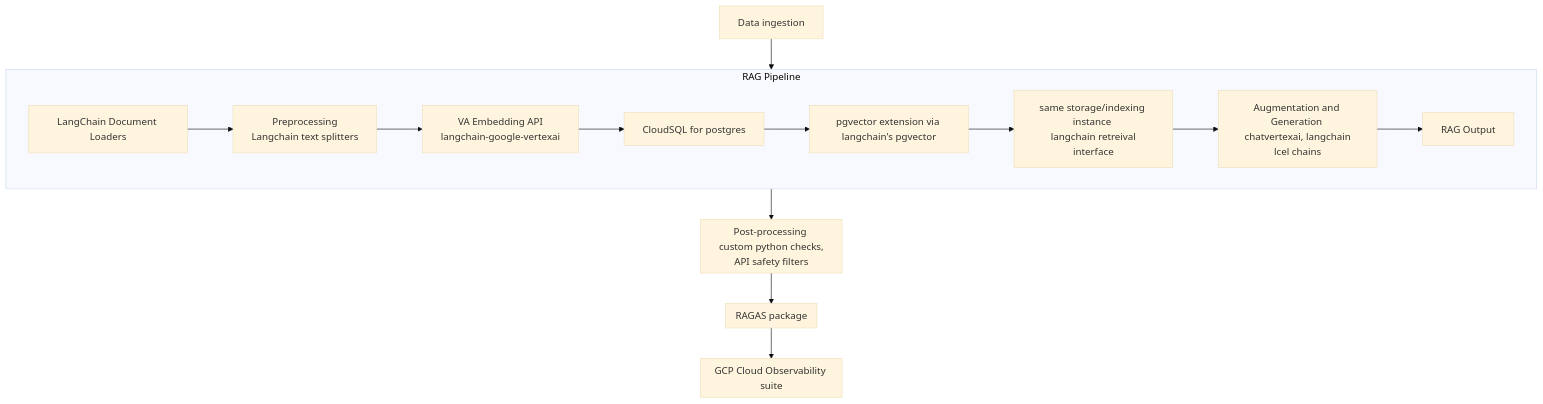
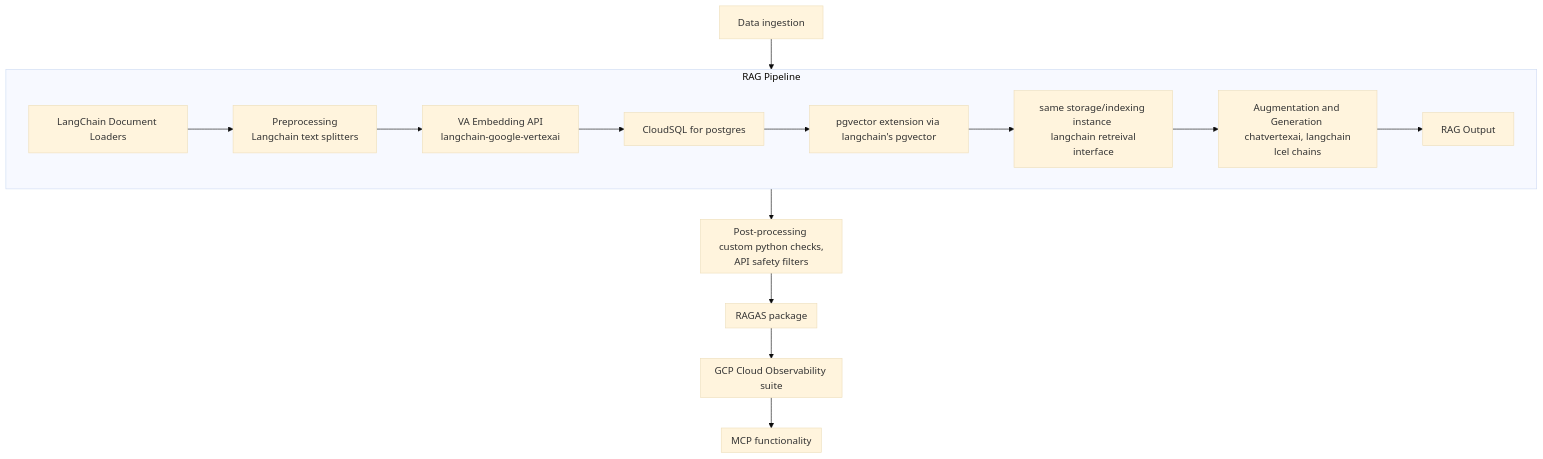
The diagram in projects/RAG pipeline/diagram/architecture-overview.mmd (Sekinat95/cloud-architect-portfolio-iter2), drawn with Mermaid (base theme) before and after one commit. The commit also changed 14 other files, not shown here.

Commit message:
rag pipeline with mcp functionality wrapper deployed to cloudrun implemented w/o oauth or oidc at wrapper

```diff
--- a/projects/RAG pipeline/diagram/architecture-overview.mmd
+++ b/projects/RAG pipeline/diagram/architecture-overview.mmd
@@ -1,22 +1,24 @@
 graph TD
   GCS["Data ingestion"] --> RAGPL
   subgraph RAGPL["RAG Pipeline"]
       LGCH["LangChain Document Loaders"] --> LGPRS
       LGPRS["Preprocessing <br/> Langchain text splitters"] --> VAEMB
       VAEMB["VA Embedding API <br/> langchain-google-vertexai"] --> STR
       STR["CloudSQL for postgres"] --> IND
       IND["pgvector extension via langchain's pgvector"] --> RTV
       RTV["same storage/indexing instance <br/> langchain retreival interface"] --> AUG
       AUG["Augmentation and Generation <br/> chatvertexai, langchain lcel chains"] --> RAGPL_END["RAG Output"]
     end
 
   subgraph PPRC["Post-processing <br/> custom python checks, API safety filters"]
   end
 
   subgraph EVAL["RAGAS package"]
   end
 
   subgraph MON["GCP Cloud Observability suite"]
   end
+  subgraph MCP["MCP functionality"]
+  end
 
-  RAGPL --> PPRC --> EVAL --> MON
+  RAGPL --> PPRC --> EVAL --> MON --> MCP
```
